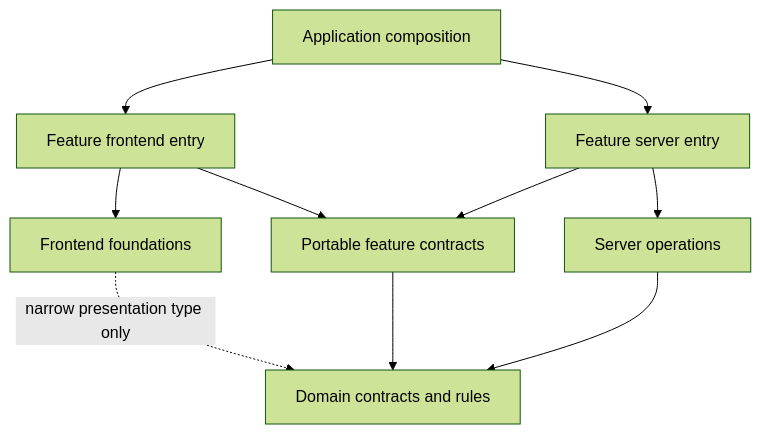
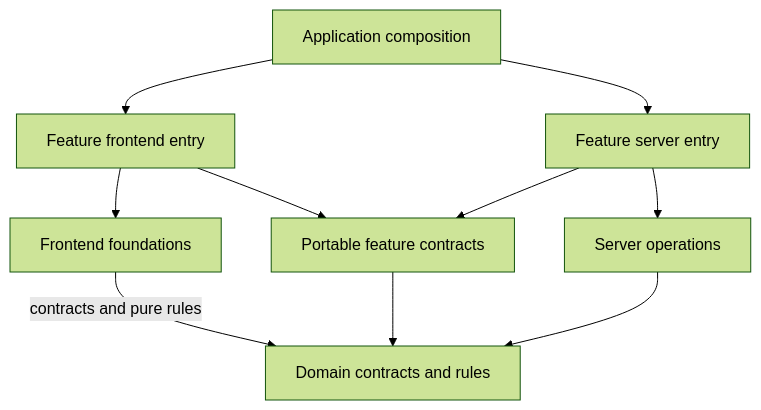
The first of 2 diagrams in docs/architecture/decisions/0014-multi-app-package-boundaries.md (hsadoqi/synapcity-v2), drawn with Mermaid (forest theme) before and after one commit. The commit also changed other lines of this file and 4 other files, not shown here.

Commit message:
docs: update architecture documentation and specifications for Milestone 3.1; clarify frontend-domain contract imports and package responsibilities

````diff
--- a/docs/architecture/decisions/0014-multi-app-package-boundaries.md
+++ b/docs/architecture/decisions/0014-multi-app-package-boundaries.md
@@ -53,12 +53,12 @@
 ```mermaid
 flowchart TB
     host["Application composition"] --> uiEntry["Feature frontend entry"]
     host --> serverEntry["Feature server entry"]
     uiEntry --> foundations["Frontend foundations"]
     uiEntry --> contracts["Portable feature contracts"]
     serverEntry --> contracts
     serverEntry --> services["Server operations"]
     contracts --> domain["Domain contracts and rules"]
     services --> domain
-    foundations -.->|narrow presentation type only| domain
+    foundations -->|contracts and pure rules| domain
 ```
````
